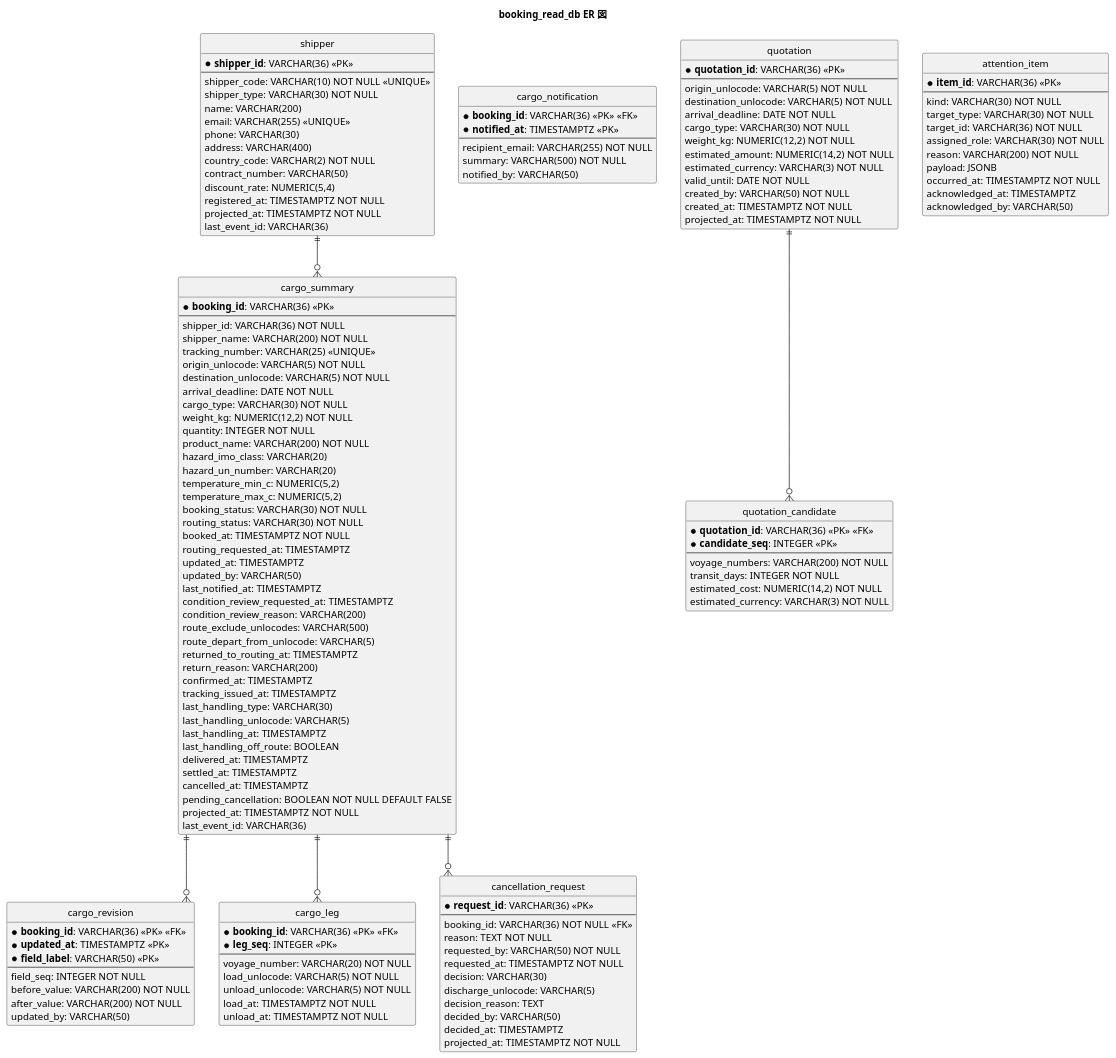
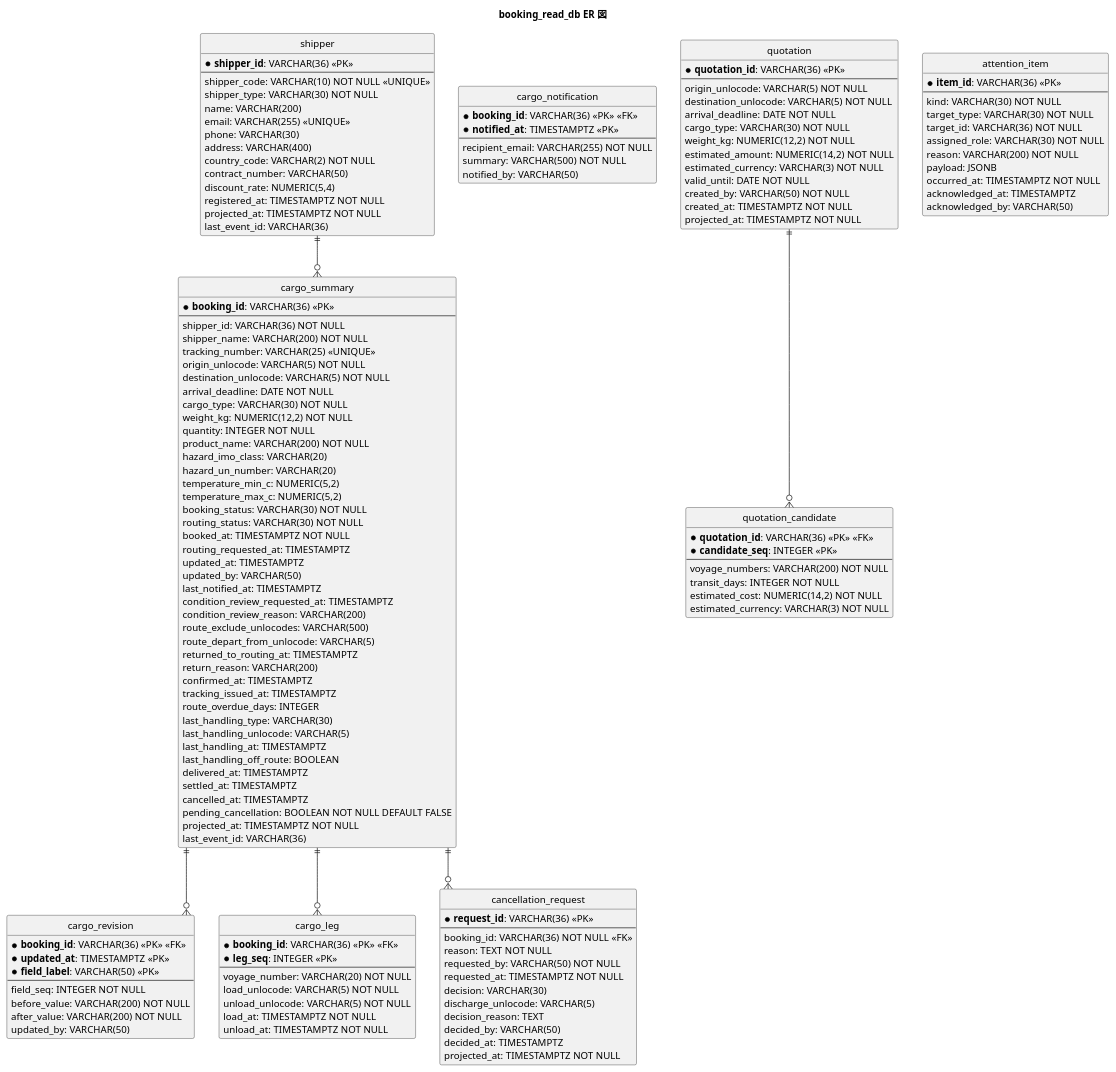
Before and after one commit to k2works/case-study-cargo-tracker: the fourth of 10 diagrams in docs/design/cargo-tracker/data-model.md, drawn with PlantUML. The commit also changed other lines of this file and 63 other files, not shown here.

```diff
--- a/docs/design/cargo-tracker/data-model.md
+++ b/docs/design/cargo-tracker/data-model.md
@@ -298,6 +298,7 @@
   return_reason: VARCHAR(200)
   confirmed_at: TIMESTAMPTZ
   tracking_issued_at: TIMESTAMPTZ
+  route_overdue_days: INTEGER
   last_handling_type: VARCHAR(30)
   last_handling_unlocode: VARCHAR(5)
   last_handling_at: TIMESTAMPTZ
```
